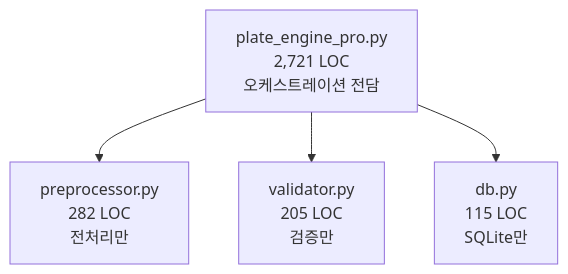
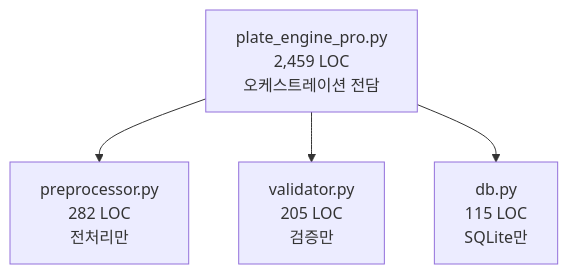
The fourth of 5 diagrams in docs/ARCHITECTURE.md (rhlfur2055-prog/yolo11), drawn with Mermaid before and after one commit. The commit also changed other lines of this file and 3 other files, not shown here.

````diff
--- a/docs/ARCHITECTURE.md
+++ b/docs/ARCHITECTURE.md
@@ -152,10 +152,10 @@
 ```mermaid
 flowchart TD
-    ENG[plate_engine_pro.py<br/>2,721 LOC<br/>오케스트레이션 전담]
+    ENG[plate_engine_pro.py<br/>2,459 LOC<br/>오케스트레이션 전담]
     PRE[preprocessor.py<br/>282 LOC<br/>전처리만]
     VAL[validator.py<br/>205 LOC<br/>검증만]
     DB[db.py<br/>115 LOC<br/>SQLite만]
     ENG --> PRE
     ENG --> VAL
     ENG --> DB
 ```
````
